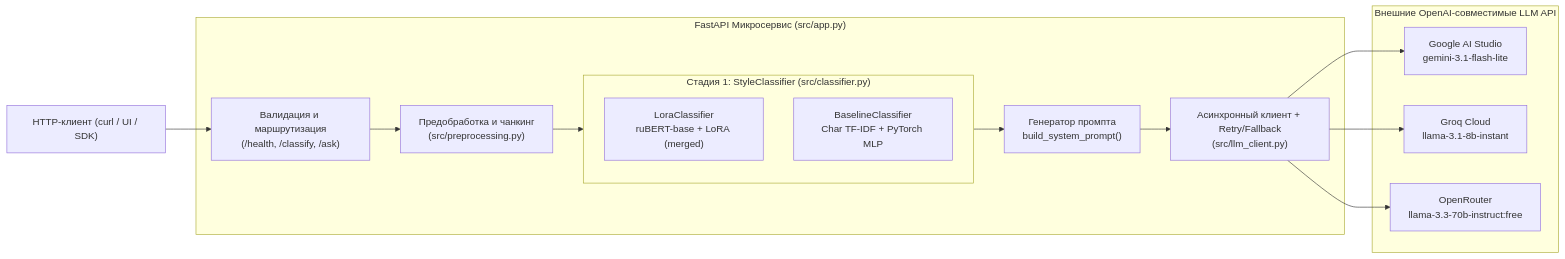
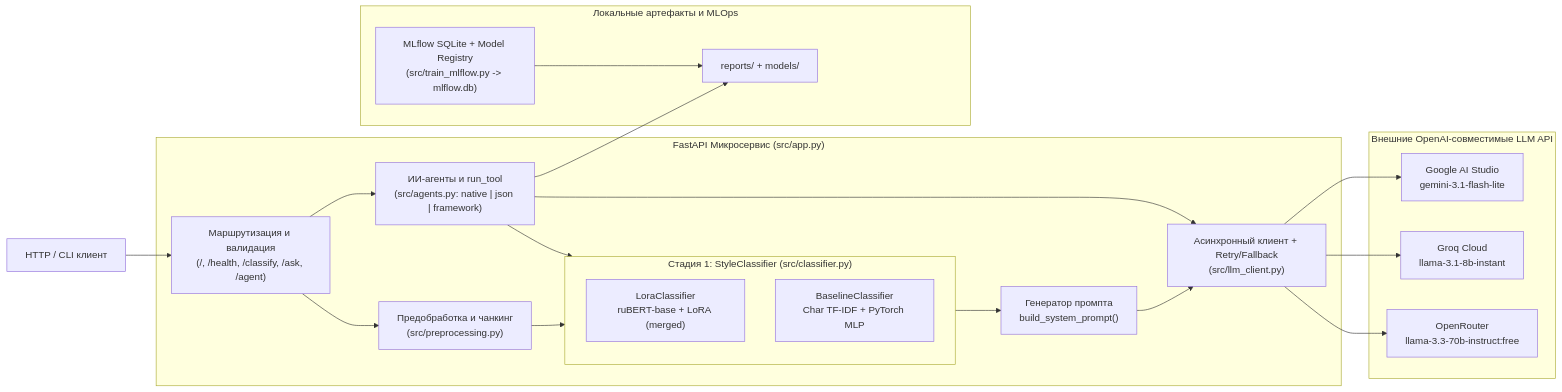
The first of 2 diagrams in docs/TECHNICAL_DOCUMENTATION.md (dsv-lt/SovTeh), drawn with Mermaid before and after one commit. The commit also changed other lines of this file and 4 other files, not shown here.

Commit message:
docs: align architecture, technical docs, user guide, report, and README

````diff
--- a/docs/TECHNICAL_DOCUMENTATION.md
+++ b/docs/TECHNICAL_DOCUMENTATION.md
@@ -36,28 +40,38 @@
 ```mermaid
 flowchart LR
-    Client["HTTP-клиент (curl / UI / SDK)"]
+    Client["HTTP / CLI клиент"]
     subgraph Service["FastAPI Микросервис (src/app.py)"]
-        Router["Валидация и маршрутизация\n(/health, /classify, /ask)"]
+        Router["Маршрутизация и валидация\n(/, /health, /classify, /ask, /agent)"]
         Preproc["Предобработка и чанкинг\n(src/preprocessing.py)"]
         subgraph Stage1["Стадия 1: StyleClassifier (src/classifier.py)"]
             LoRA["LoraClassifier\nruBERT-base + LoRA (merged)"]
             Base["BaselineClassifier\nChar TF-IDF + PyTorch MLP"]
         end
         Prompt["Генератор промпта\nbuild_system_prompt()"]
+        Agents["ИИ-агенты и run_tool\n(src/agents.py: native | json | framework)"]
         LLMClient["Асинхронный клиент + Retry/Fallback\n(src/llm_client.py)"]
+    end
+    subgraph LocalData["Локальные артефакты и MLOps"]
+        Reports["reports/ + models/"]
+        MLflow["MLflow SQLite + Model Registry\n(src/train_mlflow.py -> mlflow.db)"]
     end
     subgraph Providers["Внешние OpenAI-совместимые LLM API"]
         AIStudio["Google AI Studio\ngemini-3.1-flash-lite"]
         Groq["Groq Cloud\nllama-3.1-8b-instant"]
         OR["OpenRouter\nllama-3.3-70b-instruct:free"]
     end
 
     Client --> Router
     Router --> Preproc
     Preproc --> Stage1
+    Router --> Agents
+    Agents --> Stage1
+    Agents --> Reports
     Stage1 --> Prompt
     Prompt --> LLMClient
+    Agents --> LLMClient
     LLMClient --> AIStudio
     LLMClient --> Groq
     LLMClient --> OR
+    MLflow --> Reports
 ```
````
